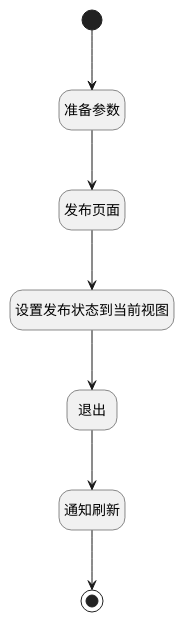
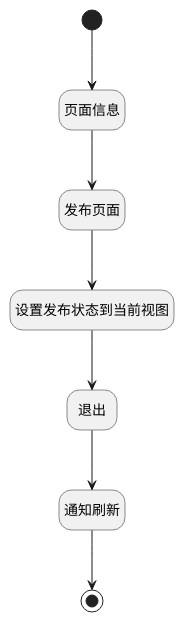
One commit to iBizLab/plm changed the diagram in doc/docsify/module/Wiki/article_page/uilogic/save_notify_refresh.md. Above: the diagram before and after it, drawn with PlantUML. The commit also changed other lines of this file and 1778 other files, not shown here.

````diff
--- a/doc/docsify/module/Wiki/article_page/uilogic/save_notify_refresh.md
+++ b/doc/docsify/module/Wiki/article_page/uilogic/save_notify_refresh.md
@@ -7,29 +7,29 @@
 ```plantuml
 @startuml
 hide footbox
 <style>
 root {
   HyperlinkColor #42b983
 }
 </style>
 
 hide empty description
 state "开始" as Begin <<start>> [[$./save_notify_refresh#begin {开始}]]
-state "准备参数" as PREPAREJSPARAM1  [[$./save_notify_refresh#preparejsparam1 {准备参数}]]
-state "退出" as DEUIACTION2  [[$./save_notify_refresh#deuiaction2 {退出}]]
-state "结束" as END1 <<end>> [[$./save_notify_refresh#end1 {结束}]]
-state "设置发布状态到当前视图" as PREPAREJSPARAM2  [[$./save_notify_refresh#preparejsparam2 {设置发布状态到当前视图}]]
 state "发布页面" as DEACTION1  [[$./save_notify_refresh#deaction1 {发布页面}]]
 state "通知刷新" as RAWJSCODE1  [[$./save_notify_refresh#rawjscode1 {通知刷新}]]
+state "结束" as END1 <<end>> [[$./save_notify_refresh#end1 {结束}]]
+state "页面信息" as PREPAREJSPARAM1  [[$./save_notify_refresh#preparejsparam1 {页面信息}]]
+state "退出" as DEUIACTION2  [[$./save_notify_refresh#deuiaction2 {退出}]]
+state "设置发布状态到当前视图" as PREPAREJSPARAM2  [[$./save_notify_refresh#preparejsparam2 {设置发布状态到当前视图}]]
 
 
 Begin --> PREPAREJSPARAM1
 PREPAREJSPARAM1 --> DEACTION1
 DEACTION1 --> PREPAREJSPARAM2
 PREPAREJSPARAM2 --> DEUIACTION2
 DEUIACTION2 --> RAWJSCODE1
 RAWJSCODE1 --> END1
 
 
 @enduml
 ```
````
